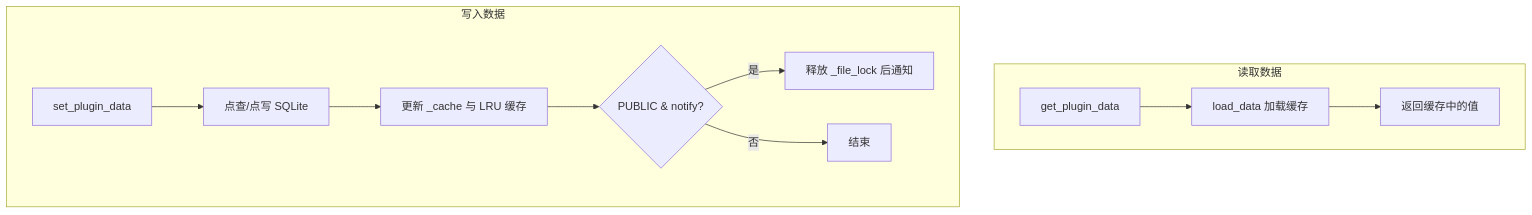
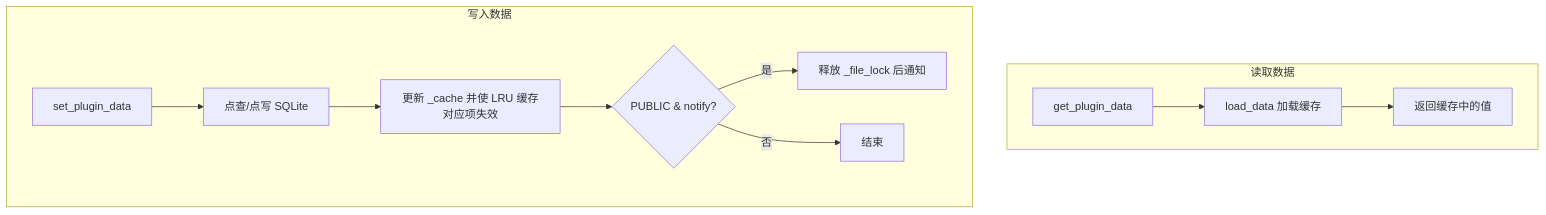
One commit to KKPIP-Tech/InstructionX changed the third of 3 diagrams in docs/core/data-provider/overview.md. Above: the diagram before and after it, drawn with Mermaid. The commit also changed other lines of this file and 35 other files, not shown here.

````diff
--- a/docs/core/data-provider/overview.md
+++ b/docs/core/data-provider/overview.md
@@ -224,15 +224,15 @@
 ```mermaid
 flowchart TD
     subgraph Read [读取数据]
         R1[get_plugin_data] --> R2[load_data 加载缓存]
         R2 --> R3[返回缓存中的值]
     end
 
     subgraph Write [写入数据]
         W1[set_plugin_data] --> W2[点查/点写 SQLite]
-        W2 --> W3[更新 _cache 与 LRU 缓存]
+        W2 --> W3[更新 _cache 并使 LRU 缓存对应项失效]
         W3 --> W4{PUBLIC & notify?}
         W4 -->|是| W5[释放 _file_lock 后通知]
         W4 -->|否| W6[结束]
     end
 ```
````
